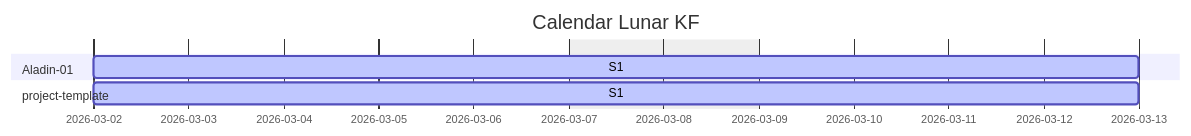
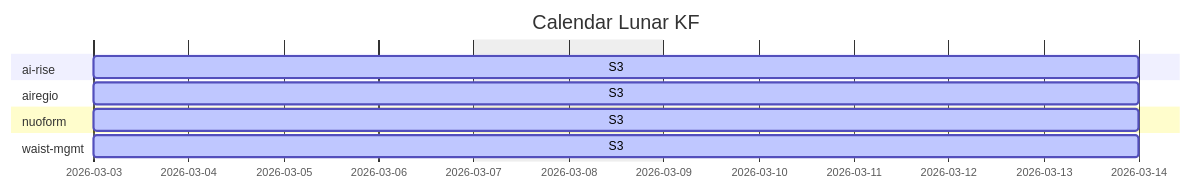
One commit to Katty-Fashion/kf-cpto changed the second of 2 diagrams in docs/unified-calendar.md. Above: the diagram before and after it, drawn with Mermaid. The commit also changed other lines of this file and 12 other files, not shown here.

````diff
--- a/docs/unified-calendar.md
+++ b/docs/unified-calendar.md
@@ -22,11 +22,15 @@
 ```mermaid
 gantt
     title Calendar Lunar KF
     dateFormat YYYY-MM-DD
     excludes weekends
 
-    section Aladin-01
-    S1 :active, 2026-03-02, 2026-03-13
-    section project-template
-    S1 :active, 2026-03-02, 2026-03-13
+    section ai-rise
+    S3 :active, 2026-03-03, 2026-03-14
+    section airegio
+    S3 :active, 2026-03-03, 2026-03-14
+    section nuoform
+    S3 :active, 2026-03-03, 2026-03-14
+    section waist-mgmt
+    S3 :active, 2026-03-03, 2026-03-14
 ```
````
